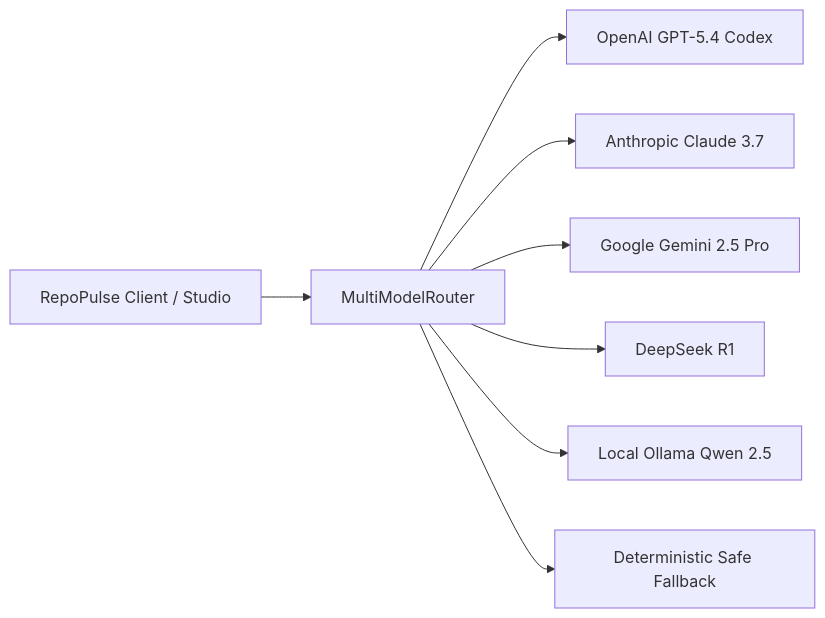
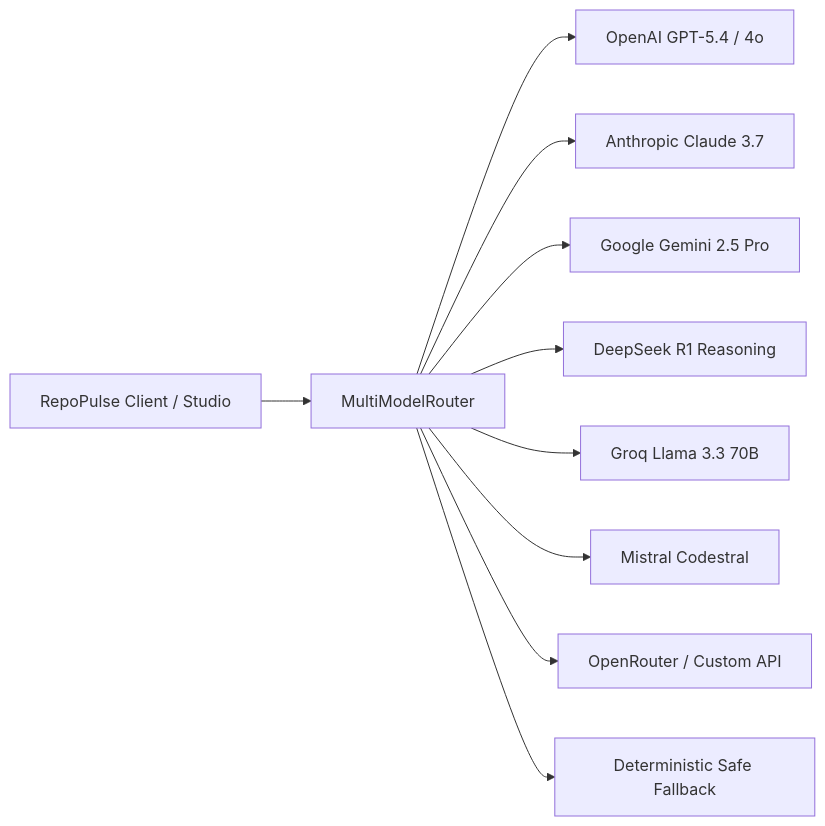
The first of 2 diagrams in README.md (miriyaladhanwinn/repo-pulse-ai), drawn with Mermaid before and after one commit. The commit also changed other lines of this file and 9 other files, not shown here.

Commit message:
feat(studio): expand multi-model router with Groq & Mistral, add 12-persona matrix, BM25 vault, and AST sandbox

````diff
--- a/README.md
+++ b/README.md
@@ -72,10 +82,12 @@
 ```mermaid
 flowchart LR
     A[RepoPulse Client / Studio] --> B[MultiModelRouter]
-    B --> C[OpenAI GPT-5.4 Codex]
+    B --> C[OpenAI GPT-5.4 / 4o]
     B --> D[Anthropic Claude 3.7]
     B --> E[Google Gemini 2.5 Pro]
-    B --> F[DeepSeek R1]
-    B --> G[Local Ollama Qwen 2.5]
-    B --> H[Deterministic Safe Fallback]
+    B --> F[DeepSeek R1 Reasoning]
+    B --> G[Groq Llama 3.3 70B]
+    B --> H[Mistral Codestral]
+    B --> I[OpenRouter / Custom API]
+    B --> J[Deterministic Safe Fallback]
 ```
````
